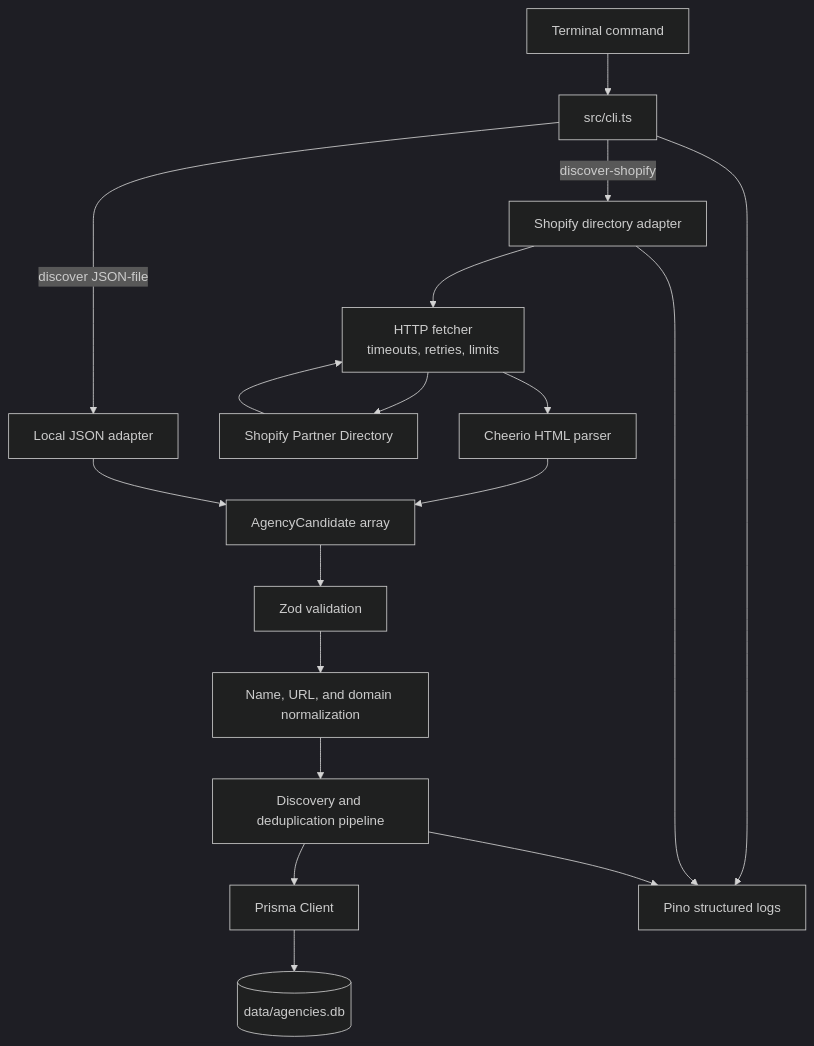
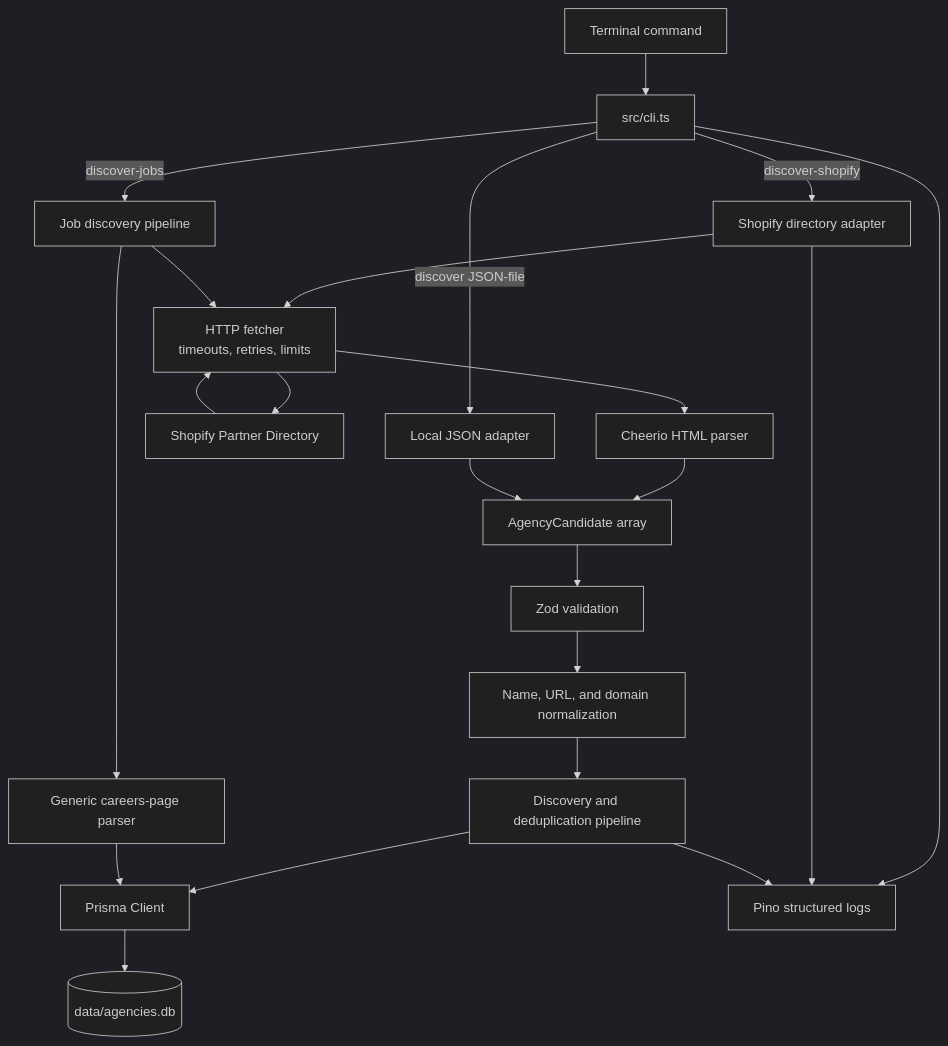
One commit to thedevshubham/agency-discovery changed the first of 2 diagrams in README.md. Above: the diagram before and after it, drawn with Mermaid (dark theme). The commit also changed other lines of this file and 7 other files, not shown here.

Commit message:
Add careers page job discovery

````diff
--- a/README.md
+++ b/README.md
@@ -25,23 +27,28 @@
 ```mermaid
 flowchart TD
     User[Terminal command] --> CLI[src/cli.ts]
     CLI -->|discover-shopify| ShopifyAdapter[Shopify directory adapter]
     CLI -->|discover JSON-file| JsonAdapter[Local JSON adapter]
 
     ShopifyAdapter --> HttpFetcher[HTTP fetcher<br/>timeouts, retries, limits]
     HttpFetcher --> Shopify[Shopify Partner Directory]
     Shopify --> HttpFetcher
     HttpFetcher --> Parser[Cheerio HTML parser]
     Parser --> Candidates[AgencyCandidate array]
     JsonAdapter --> Candidates
 
     Candidates --> Validation[Zod validation]
     Validation --> Normalization[Name, URL, and domain normalization]
     Normalization --> Pipeline[Discovery and deduplication pipeline]
     Pipeline --> Prisma[Prisma Client]
     Prisma --> SQLite[(data/agencies.db)]
 
+    CLI -->|discover-jobs| JobPipeline[Job discovery pipeline]
+    JobPipeline --> HttpFetcher
+    JobPipeline --> JobParser[Generic careers-page parser]
+    JobParser --> Prisma
+
     CLI --> Logger[Pino structured logs]
     ShopifyAdapter --> Logger
     Pipeline --> Logger
 ```
````
